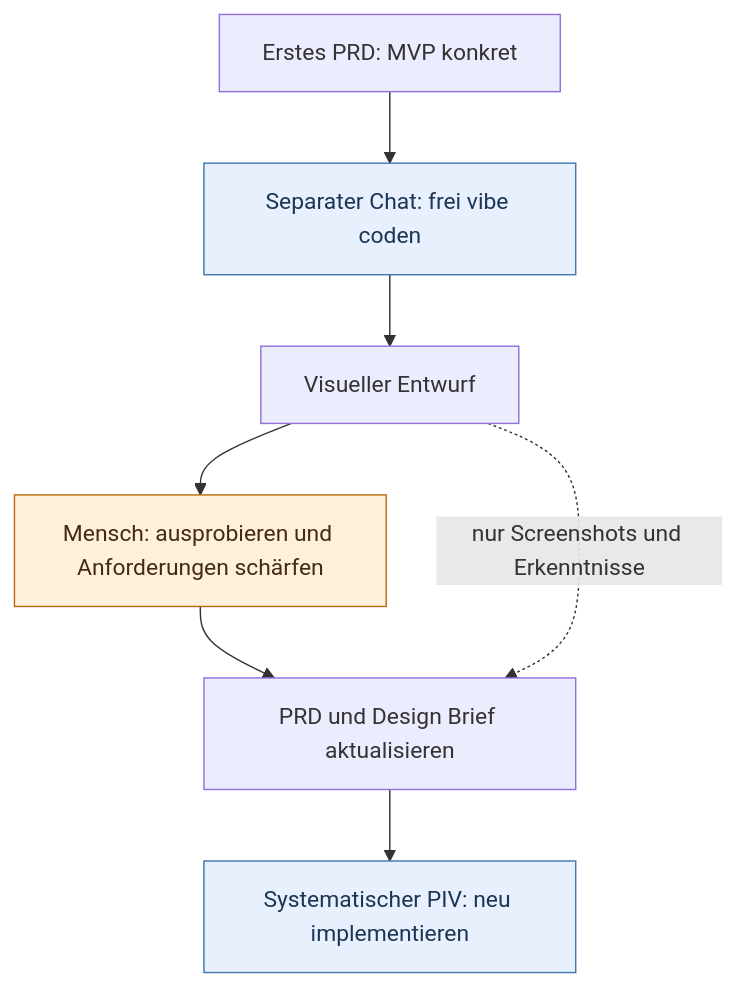
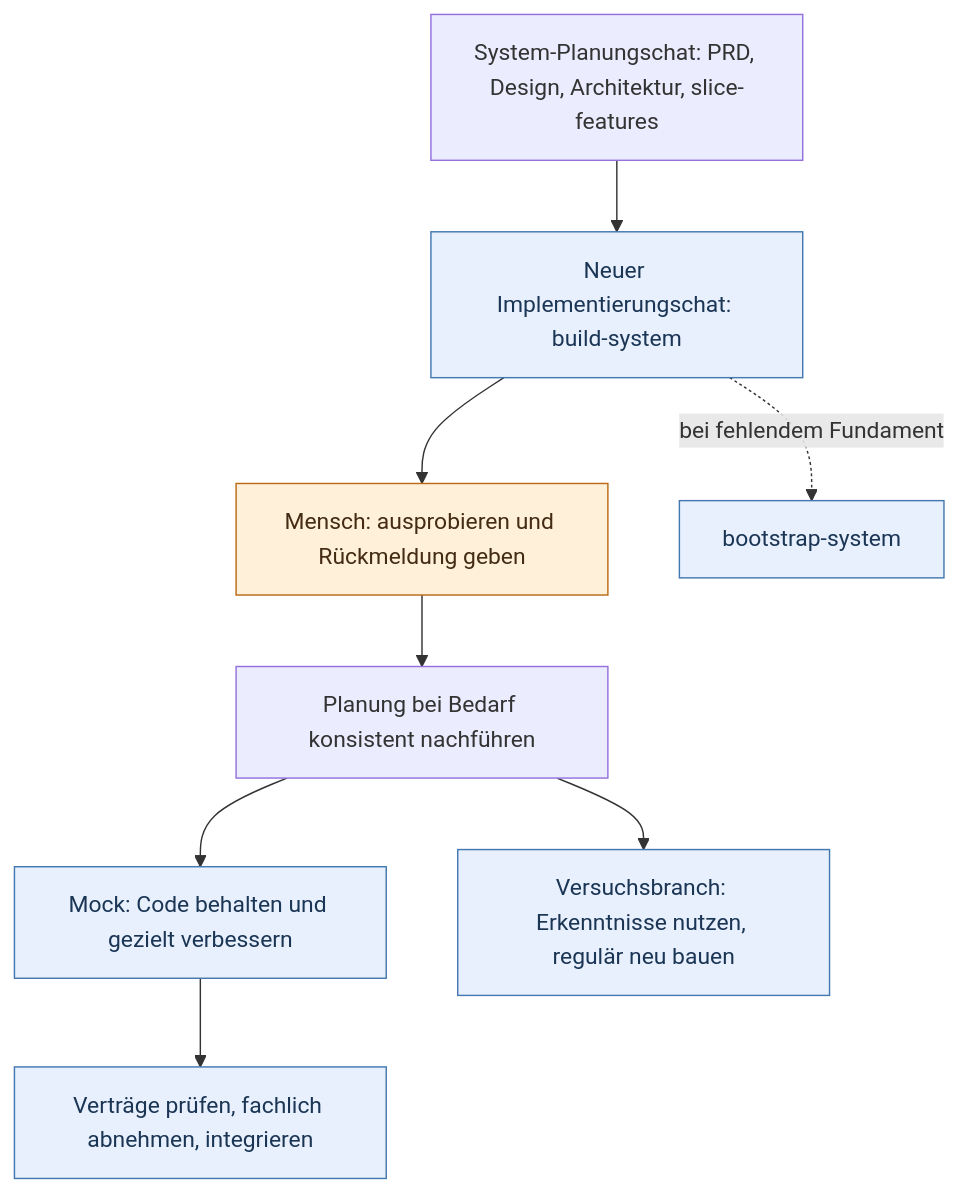
One commit to scepbjoern/cas-prdig-starter-kit-system changed the third of 5 diagrams in docs/course/DIAGRAMS.md. Above: the diagram before and after it, drawn with Mermaid. The commit also changed other lines of this file and 39 other files, not shown here.

Commit message:
Publish preview.6: system build workflow, planning guidance and tested web profile

```diff
--- a/docs/course/DIAGRAMS.md
+++ b/docs/course/DIAGRAMS.md
@@ -69,13 +74,14 @@
 ~~~mermaid
 flowchart TB
-  P[Erstes PRD: MVP konkret] --> V[Separater Chat: frei vibe coden]
-  V --> M[Visueller Entwurf]
-  M --> H[Mensch: ausprobieren und Anforderungen schärfen]
-  H --> U[PRD und Design Brief aktualisieren]
-  U --> S[Systematischer PIV: neu implementieren]
-  M -. nur Screenshots und Erkenntnisse .-> U
+  P[System-Planungschat: PRD, Design, Architektur, slice-features] --> B[Neuer Implementierungschat: build-system]
+  B --> H[Mensch: ausprobieren und Rückmeldung geben]
+  H --> U[Planung bei Bedarf konsistent nachführen]
+  U --> M[Mock: Code behalten und gezielt verbessern]
+  U --> E[Versuchsbranch: Erkenntnisse nutzen, regulär neu bauen]
+  B -. bei fehlendem Fundament .-> BS[bootstrap-system]
+  M --> T[Verträge prüfen, fachlich abnehmen, integrieren]
   classDef human fill:#fff0d9,stroke:#ba6b15,color:#432b14
   classDef agent fill:#e7f0fc,stroke:#4378b0,color:#1b3555
   class H human
-  class V,S agent
+  class B,M,E,T,BS agent
 ~~~
```
